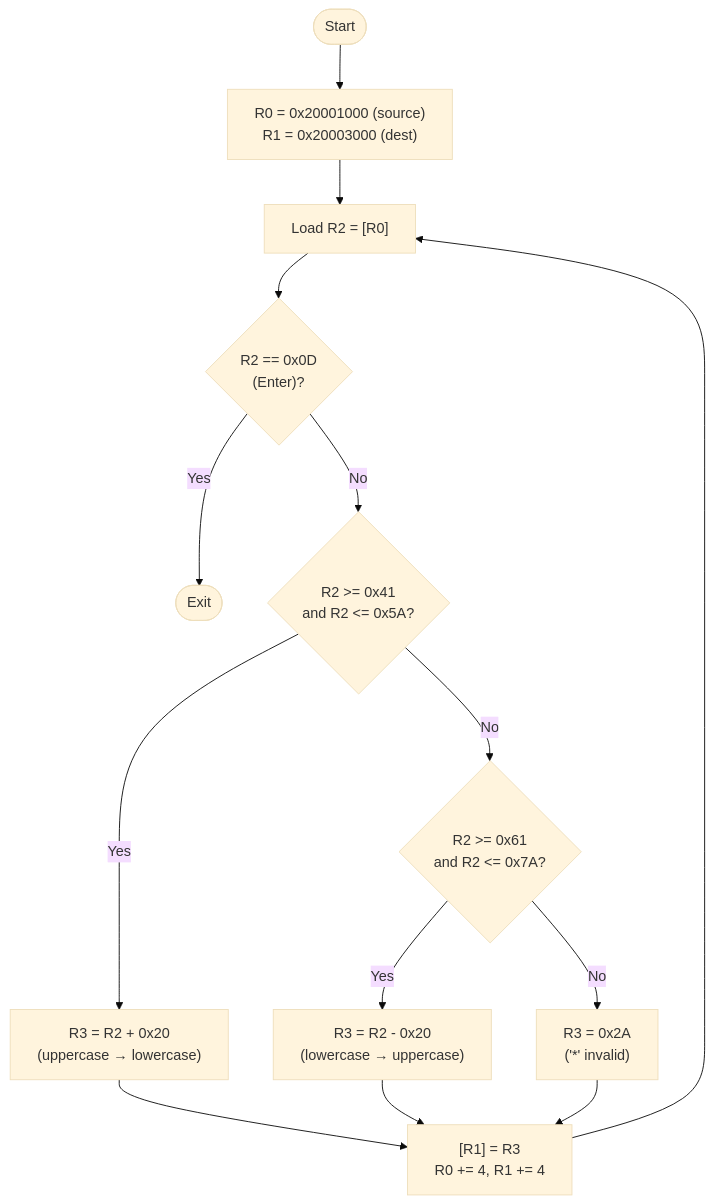
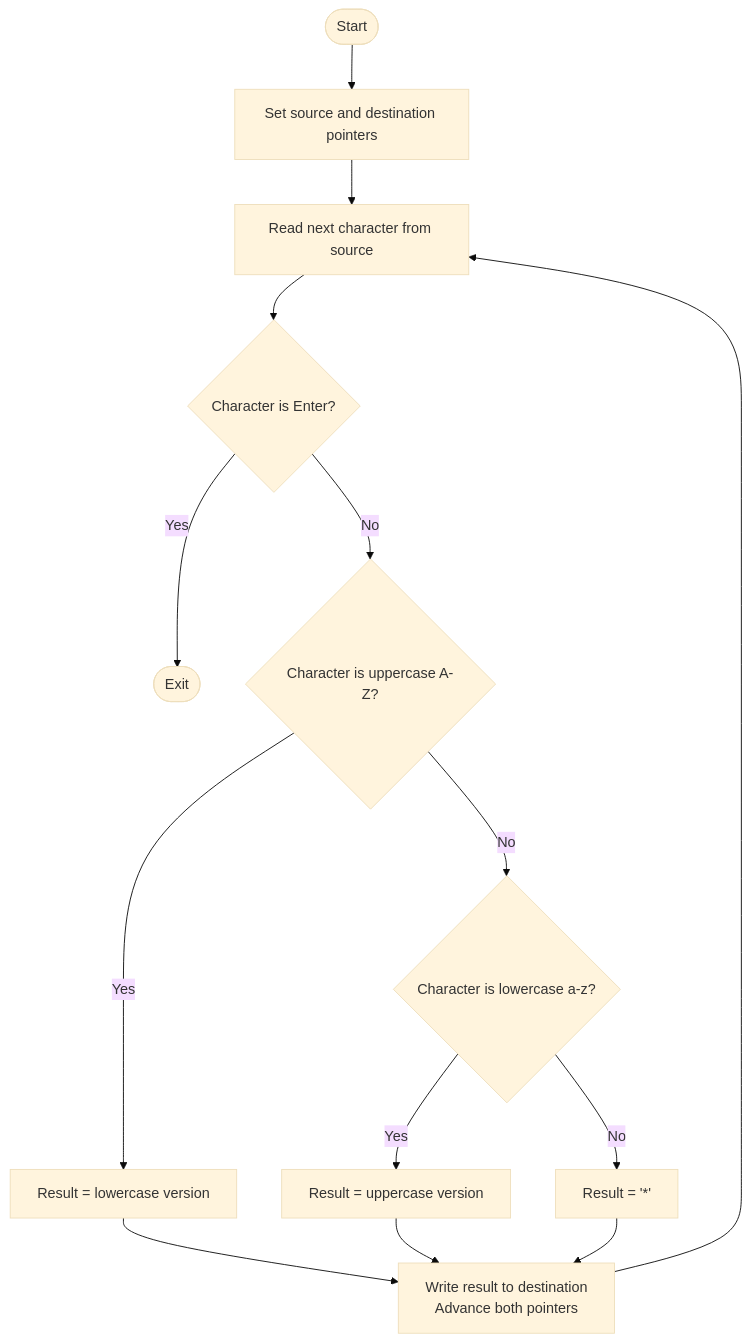
The second of 2 diagrams in Lab/Lab1/flowcharts.md (Jxdul/ECE-212), drawn with Mermaid (base theme) before and after one commit. The commit also changed other lines of this file, not shown here.

````diff
--- a/Lab/Lab1/flowcharts.md
+++ b/Lab/Lab1/flowcharts.md
@@ -35,18 +35,18 @@
 ```mermaid
 flowchart TD
-    Start([Start]) --> Init["R0 = 0x20001000 (source)<br/>R1 = 0x20003000 (dest)"]
+    Start([Start]) --> Init["Set source and destination pointers"]
     Init --> Loop
-    Loop["Load R2 = [R0]"]
-    Loop --> CheckEnter{"R2 == 0x0D<br/>(Enter)?"}
+    Loop["Read next character from source"]
+    Loop --> CheckEnter{"Character is Enter?"}
     CheckEnter -->|Yes| Exit([Exit])
-    CheckEnter -->|No| CheckUpper{"R2 >= 0x41<br/>and R2 <= 0x5A?"}
-    CheckUpper -->|Yes| ToLower["R3 = R2 + 0x20<br/>(uppercase → lowercase)"]
-    CheckUpper -->|No| CheckLower{"R2 >= 0x61<br/>and R2 <= 0x7A?"}
-    CheckLower -->|Yes| ToUpper["R3 = R2 - 0x20<br/>(lowercase → uppercase)"]
-    CheckLower -->|No| Invalid["R3 = 0x2A<br/>('*' invalid)"]
+    CheckEnter -->|No| CheckUpper{"Character is uppercase A-Z?"}
+    CheckUpper -->|Yes| ToLower["Result = lowercase version"]
+    CheckUpper -->|No| CheckLower{"Character is lowercase a-z?"}
+    CheckLower -->|Yes| ToUpper["Result = uppercase version"]
+    CheckLower -->|No| Invalid["Result = '*'"]
     ToLower --> Store
     ToUpper --> Store
     Invalid --> Store
-    Store["[R1] = R3<br/>R0 += 4, R1 += 4"]
+    Store["Write result to destination<br/>Advance both pointers"]
     Store --> Loop
 ```
````
